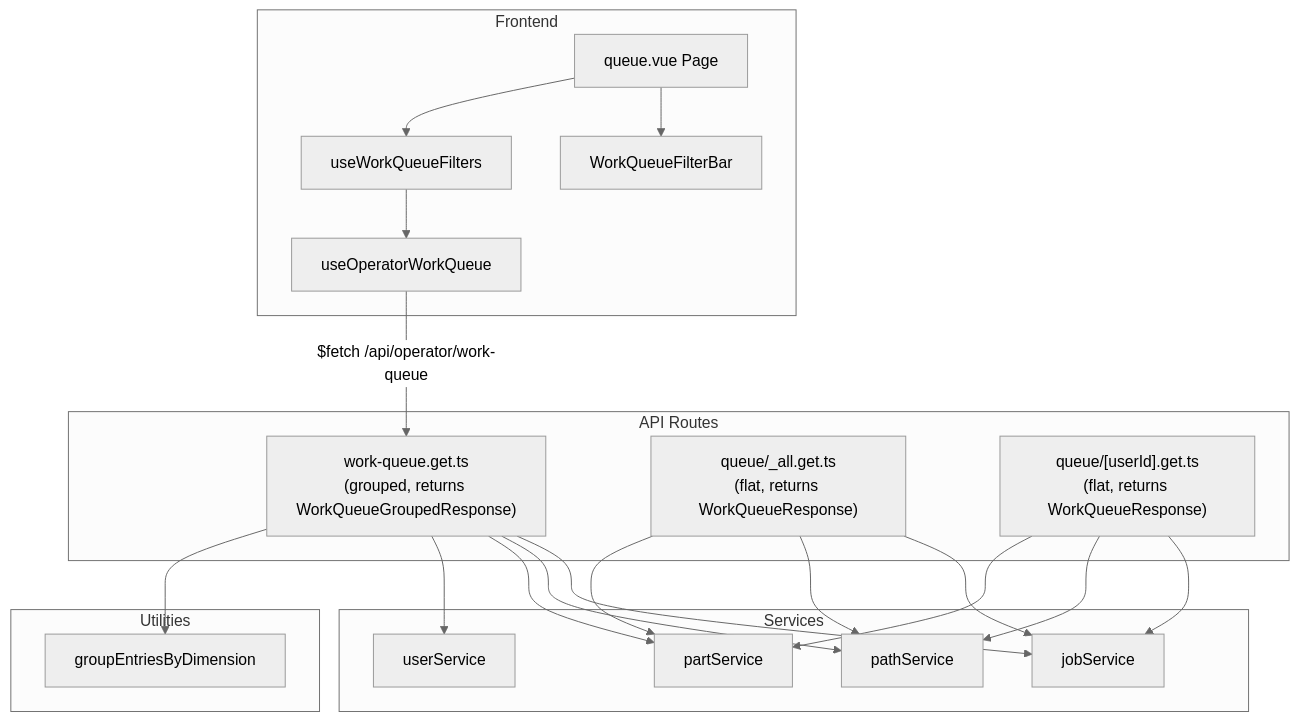
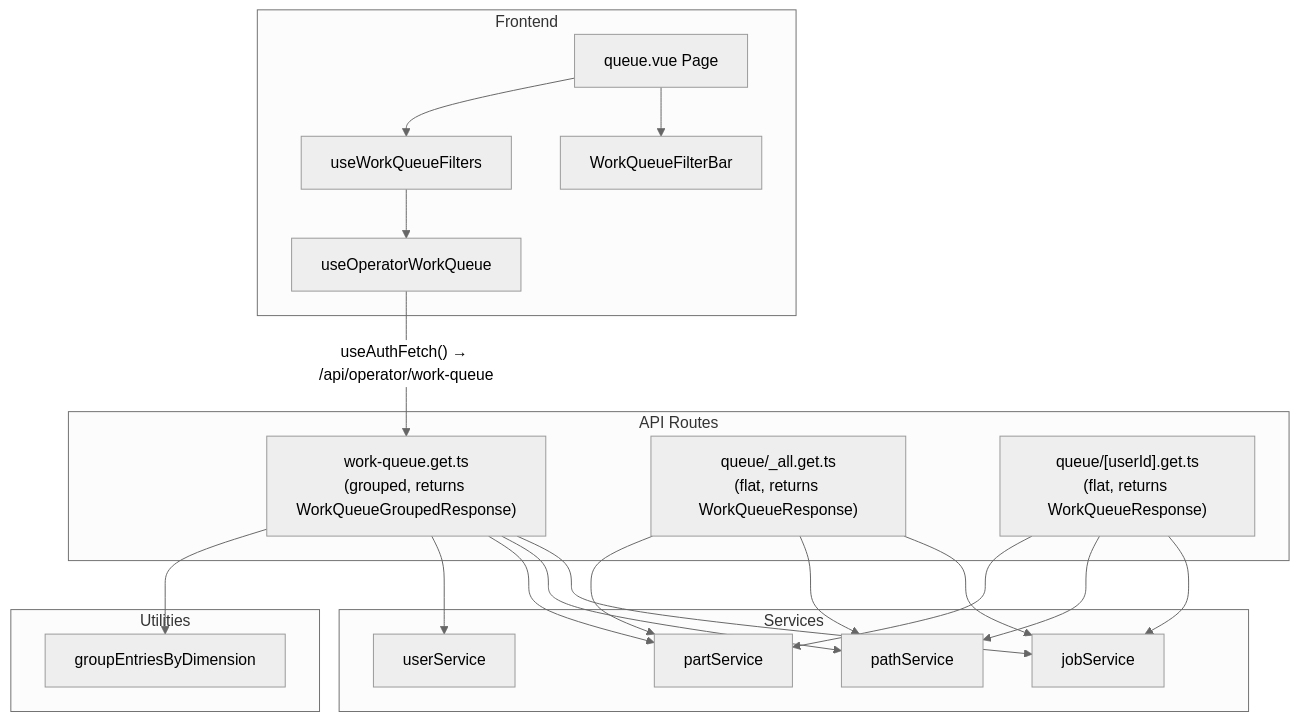
The first of 2 diagrams in .kiro/specs/work-queue-first-step/design.md (XanderLuciano/shop-planr), drawn with Mermaid (neutral theme) before and after one commit. The commit also changed other lines of this file, not shown here.

Commit message:
chore: fix  references to useAuthFetch, add auth context to design doc

````diff
--- a/.kiro/specs/work-queue-first-step/design.md
+++ b/.kiro/specs/work-queue-first-step/design.md
@@ -17,43 +17,43 @@
 ```mermaid
 graph TD
     subgraph Frontend
         QP[queue.vue Page]
         WQF[WorkQueueFilterBar]
         UWQF[useWorkQueueFilters]
         UOWQ[useOperatorWorkQueue]
     end
 
     subgraph API Routes
         WQ["work-queue.get.ts<br/>(grouped, returns WorkQueueGroupedResponse)"]
         ALL["queue/_all.get.ts<br/>(flat, returns WorkQueueResponse)"]
         UID["queue/[userId].get.ts<br/>(flat, returns WorkQueueResponse)"]
     end
 
     subgraph Utilities
         GRP[groupEntriesByDimension]
     end
 
     subgraph Services
         JS[jobService]
         PS[pathService]
         PTS[partService]
         US[userService]
     end
 
     QP --> WQF
     QP --> UWQF
     UWQF --> UOWQ
-    UOWQ -->|"$fetch /api/operator/work-queue"| WQ
+    UOWQ -->|"useAuthFetch() → /api/operator/work-queue"| WQ
 
     WQ --> JS
     WQ --> PS
     WQ --> PTS
     WQ --> US
     WQ --> GRP
     ALL --> JS
     ALL --> PS
     ALL --> PTS
     UID --> JS
     UID --> PS
     UID --> PTS
 ```
````
